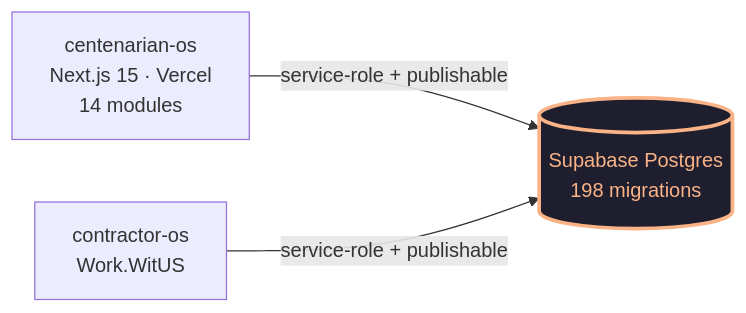
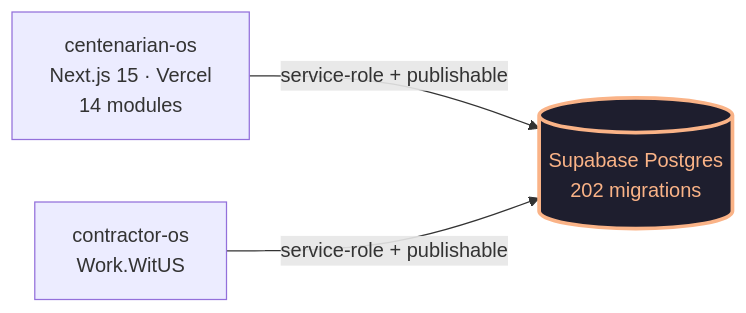
One commit to dapperAuteur/centenarian-os changed the diagram in README.md. Above: the diagram before and after it, drawn with Mermaid.

Commit message:
docs: fix the migration count in the README architecture diagram

````diff
--- a/README.md
+++ b/README.md
@@ -27,12 +27,12 @@
 ```mermaid
 flowchart LR
   classDef shared fill:#1e1e2e,stroke:#fab387,color:#fab387,stroke-width:3px
   classDef external fill:#11111b,stroke:#a6adc8,color:#a6adc8
 
   CentOS[centenarian-os<br/>Next.js 15 · Vercel<br/>14 modules]
   Contractor[contractor-os<br/>Work.WitUS]
-  DB[(Supabase Postgres<br/>198 migrations)]:::shared
+  DB[(Supabase Postgres<br/>202 migrations)]:::shared
 
   CentOS -->|service-role + publishable| DB
   Contractor -->|service-role + publishable| DB
 ```
````
